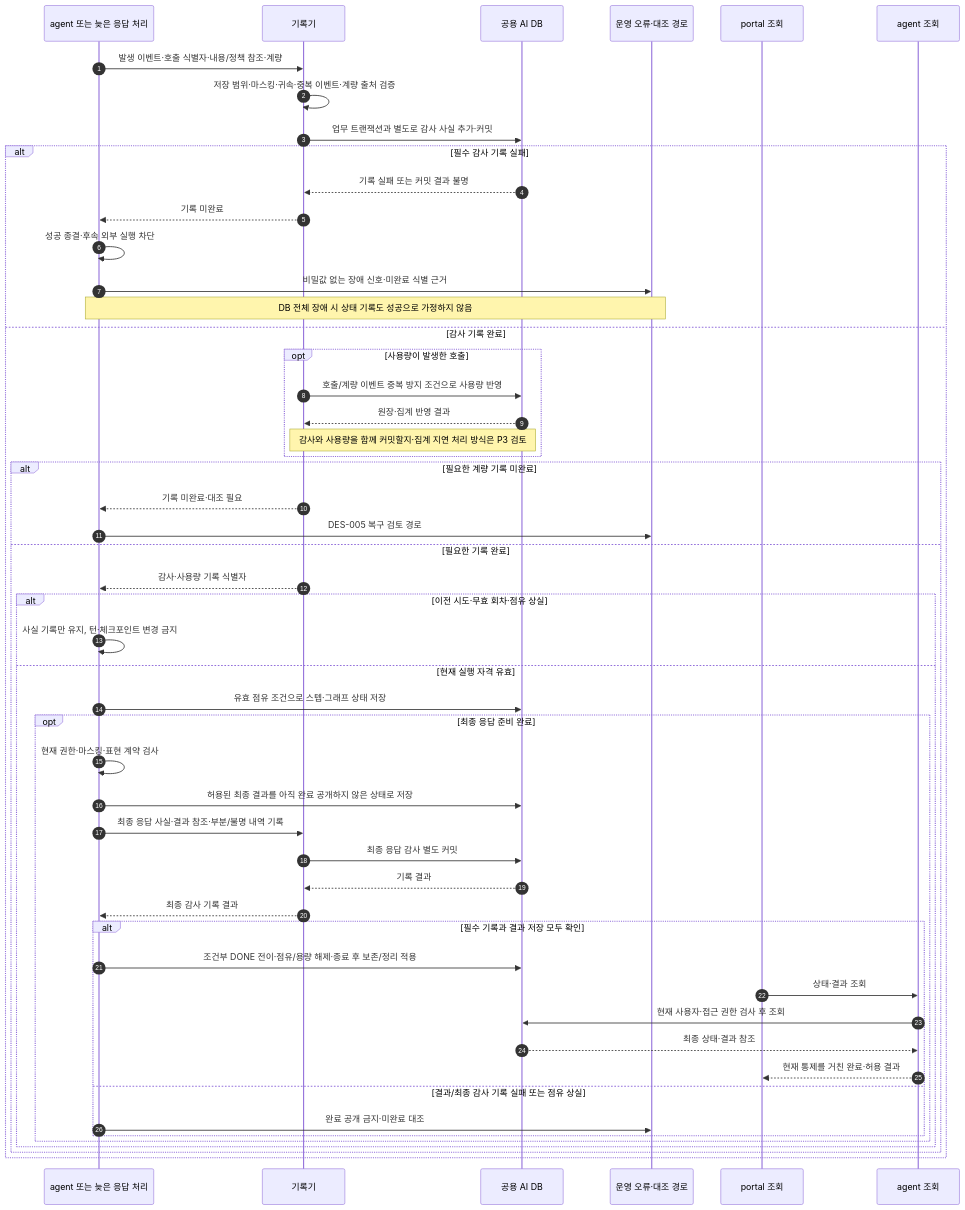
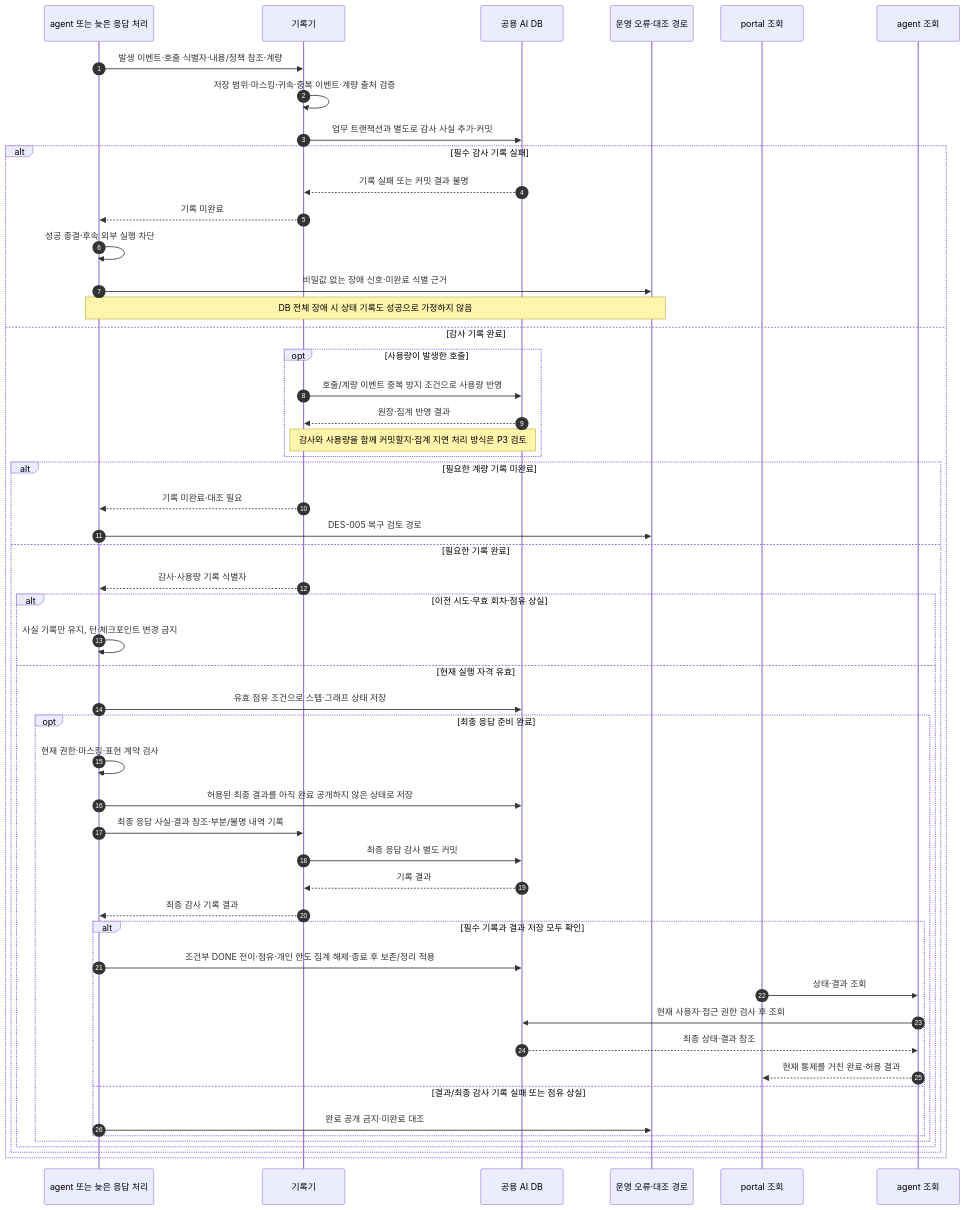
The diagram in documents/design/agent-history-sequences.md (choijoobok/ai-agent), drawn with Mermaid before and after one commit. The commit also changed other lines of this file and 25 other files, not shown here.

````diff
--- a/documents/design/agent-history-sequences.md
+++ b/documents/design/agent-history-sequences.md
@@ -56,54 +61,54 @@
 ```mermaid
 sequenceDiagram
     autonumber
     participant G as agent 또는 늦은 응답 처리
     participant H as 기록기
     participant D as 공용 AI DB
     participant O as 운영 오류·대조 경로
     participant P as portal 조회
     participant Q as agent 조회
     G->>H: 발생 이벤트·호출 식별자·내용/정책 참조·계량
     H->>H: 저장 범위·마스킹·귀속·중복 이벤트·계량 출처 검증
     H->>D: 업무 트랜잭션과 별도로 감사 사실 추가·커밋
     alt 필수 감사 기록 실패
         D-->>H: 기록 실패 또는 커밋 결과 불명
         H-->>G: 기록 미완료
         G->>G: 성공 종결·후속 외부 실행 차단
         G->>O: 비밀값 없는 장애 신호·미완료 식별 근거
         Note over G,O: DB 전체 장애 시 상태 기록도 성공으로 가정하지 않음
     else 감사 기록 완료
         opt 사용량이 발생한 호출
             H->>D: 호출/계량 이벤트 중복 방지 조건으로 사용량 반영
             D-->>H: 원장·집계 반영 결과
             Note over H,D: 감사와 사용량을 함께 커밋할지·집계 지연 처리 방식은 P3 검토
         end
         alt 필요한 계량 기록 미완료
             H-->>G: 기록 미완료·대조 필요
             G->>O: DES-005 복구 검토 경로
         else 필요한 기록 완료
             H-->>G: 감사·사용량 기록 식별자
             alt 이전 시도·무효 회차·점유 상실
                 G->>G: 사실 기록만 유지, 턴·체크포인트 변경 금지
             else 현재 실행 자격 유효
                 G->>D: 유효 점유 조건으로 스텝·그래프 상태 저장
                 opt 최종 응답 준비 완료
                     G->>G: 현재 권한·마스킹·표현 계약 검사
                     G->>D: 허용된 최종 결과를 아직 완료 공개하지 않은 상태로 저장
                     G->>H: 최종 응답 사실·결과 참조·부분/불명 내역 기록
                     H->>D: 최종 응답 감사 별도 커밋
                     D-->>H: 기록 결과
                     H-->>G: 최종 감사 기록 결과
                     alt 필수 기록과 결과 저장 모두 확인
-                        G->>D: 조건부 DONE 전이·점유/용량 해제·종료 후 보존/정리 적용
+                        G->>D: 조건부 DONE 전이·점유·개인 한도 집계 해제·종료 후 보존/정리 적용
                         P->>Q: 상태·결과 조회
                         Q->>D: 현재 사용자·접근 권한 검사 후 조회
                         D-->>Q: 최종 상태·결과 참조
                         Q-->>P: 현재 통제를 거친 완료·허용 결과
                     else 결과/최종 감사 기록 실패 또는 점유 상실
                         G->>O: 완료 공개 금지·미완료 대조
                     end
                 end
             end
         end
     end
 ```
````
